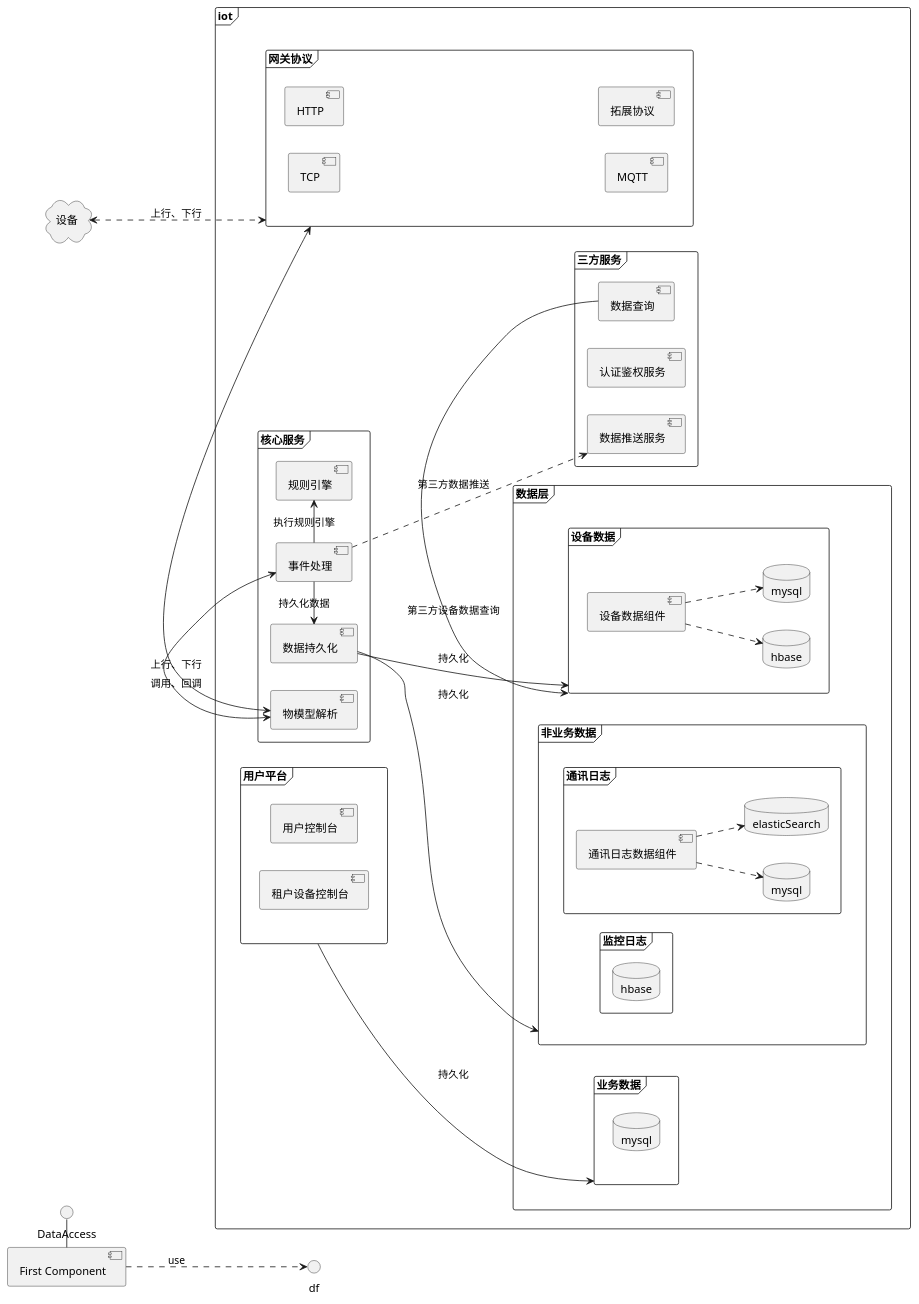
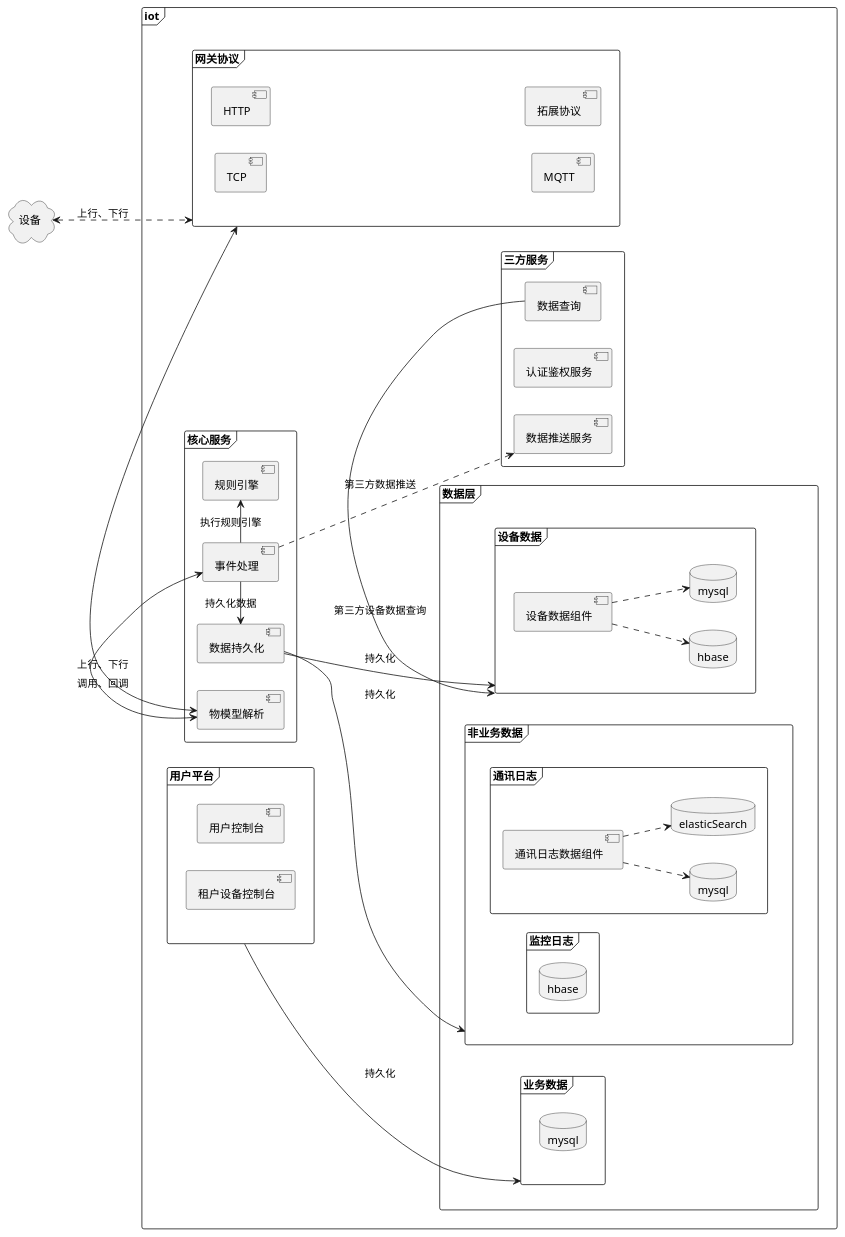
Before and after one commit to mcrer/myWork: the diagram in progressive-2023/002-businessSummary/物联网.md, drawn with PlantUML. The commit also changed other lines of this file, not shown here.

````diff
--- a/progressive-2023/002-businessSummary/物联网.md
+++ b/progressive-2023/002-businessSummary/物联网.md
@@ -4,9 +5,9 @@
+```plantuml
+
 @startuml
 
 left to right direction
 
-DataAccess - [First Component]
-[First Component] ..> df : use
 
 cloud 设备 as device 
 frame iot {
@@ -88,3 +89,5 @@
 
 
 @enduml
+
+```
````
